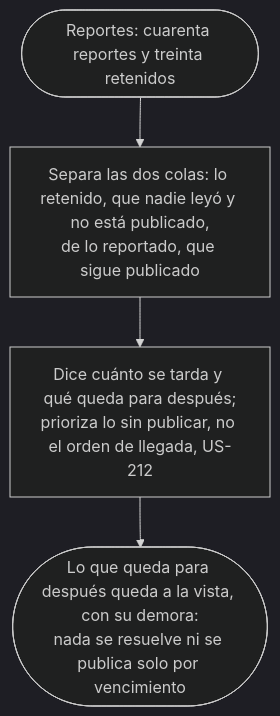
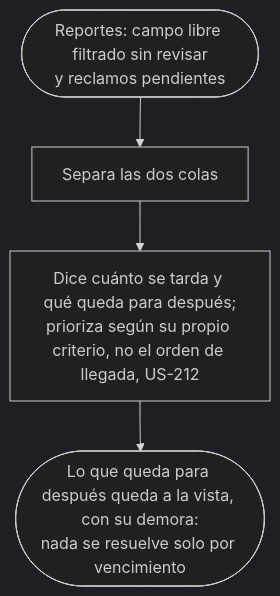
One commit to lucasidev/plan-b changed the fourth of 5 diagrams in docs/product/team/moderate-without-breaking-the-product/flow.md. Above: the diagram before and after it, drawn with Mermaid (dark theme). The commit also changed other lines of this file and 243 other files, not shown here.

````diff
--- a/docs/product/team/moderate-without-breaking-the-product/flow.md
+++ b/docs/product/team/moderate-without-breaking-the-product/flow.md
@@ -63,6 +58,6 @@
 ```mermaid
 flowchart TD
-  G([Reportes: cuarenta reportes y treinta retenidos]) --> H[Separa las dos colas: lo retenido, que nadie leyó y no está publicado,<br/>de lo reportado, que sigue publicado]
-  H --> I[Dice cuánto se tarda y qué queda para después;<br/>prioriza lo sin publicar, no el orden de llegada, US-212]
-  I --> J([Lo que queda para después queda a la vista, con su demora:<br/>nada se resuelve ni se publica solo por vencimiento])
+  G([Reportes: campo libre filtrado sin revisar<br/>y reclamos pendientes]) --> H[Separa las dos colas]
+  H --> I[Dice cuánto se tarda y qué queda para después;<br/>prioriza según su propio criterio, no el orden de llegada, US-212]
+  I --> J([Lo que queda para después queda a la vista, con su demora:<br/>nada se resuelve solo por vencimiento])
 ```
````
